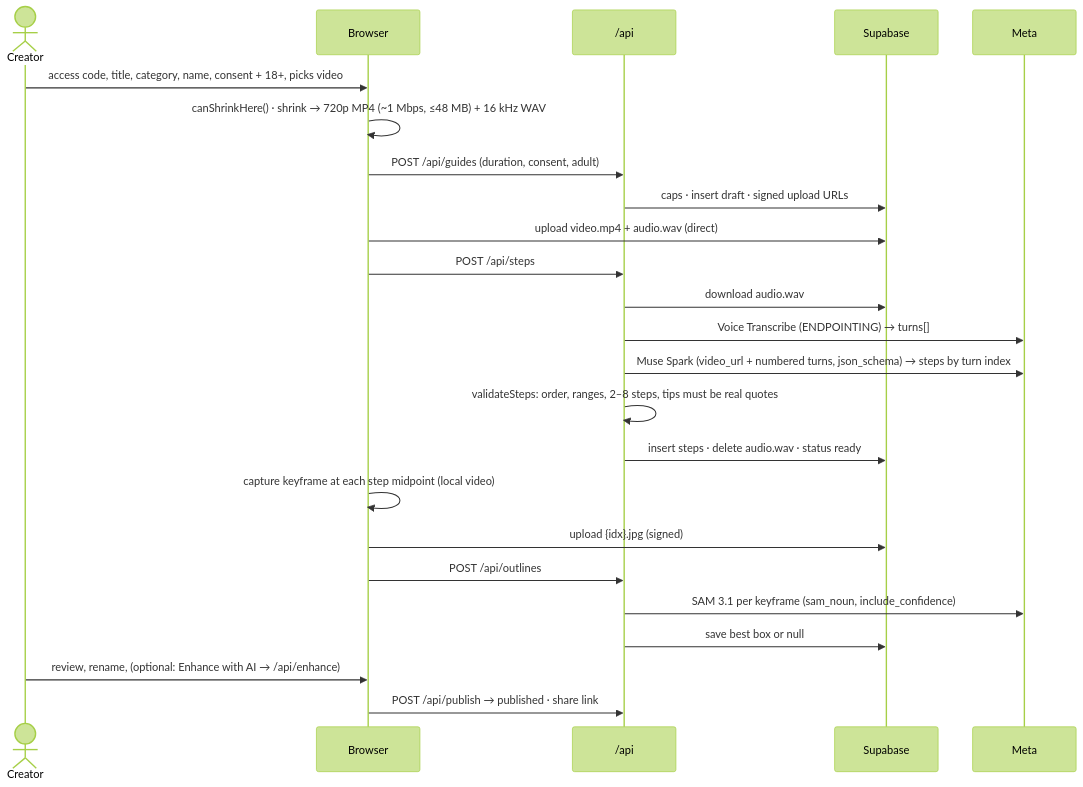
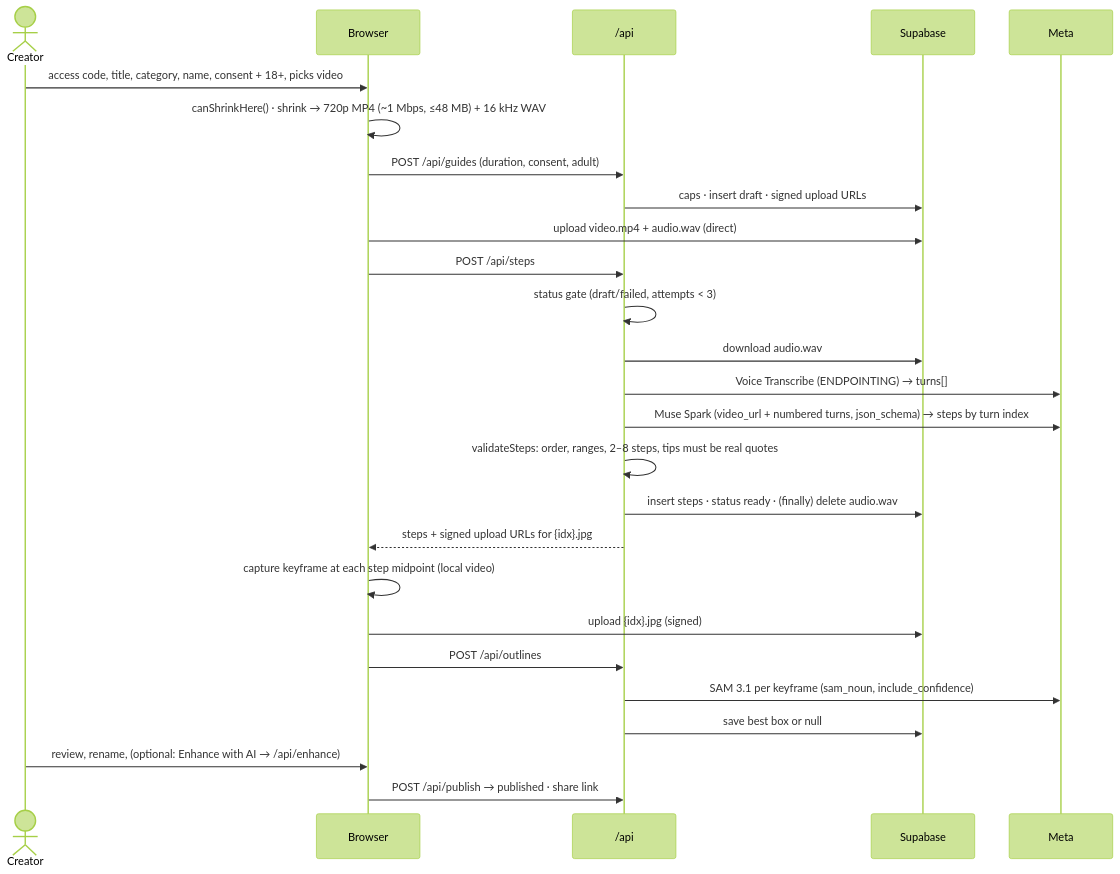
Before and after one commit to muhammadtalhaishtiaq/goodfix: the third of 5 diagrams in apps/showhow/docs/ARCHITECTURE.md, drawn with Mermaid (forest theme). The commit also changed other lines of this file and 13 other files, not shown here.

Commit message:
Fix 13 consistency findings: shrink-limits, Verdict type, IP salt, attempts guard, raw-WAV voice upload, keyframe URLs; replan (deploy early, T18/T16 candidate cuts)

````diff
--- a/apps/showhow/docs/ARCHITECTURE.md
+++ b/apps/showhow/docs/ARCHITECTURE.md
@@ -167,26 +168,28 @@
 ```mermaid
 sequenceDiagram
   actor Cr as Creator
   participant B as Browser
   participant A as /api
   participant S as Supabase
   participant M as Meta
   Cr->>B: access code, title, category, name, consent + 18+, picks video
   B->>B: canShrinkHere() · shrink → 720p MP4 (~1 Mbps, ≤48 MB) + 16 kHz WAV
   B->>A: POST /api/guides (duration, consent, adult)
   A->>S: caps · insert draft · signed upload URLs
   B->>S: upload video.mp4 + audio.wav (direct)
   B->>A: POST /api/steps
+  A->>A: status gate (draft/failed, attempts < 3)
   A->>S: download audio.wav
   A->>M: Voice Transcribe (ENDPOINTING) → turns[]
   A->>M: Muse Spark (video_url + numbered turns, json_schema) → steps by turn index
   A->>A: validateSteps: order, ranges, 2–8 steps, tips must be real quotes
-  A->>S: insert steps · delete audio.wav · status ready
+  A->>S: insert steps · status ready · (finally) delete audio.wav
+  A-->>B: steps + signed upload URLs for {idx}.jpg
   B->>B: capture keyframe at each step midpoint (local video)
   B->>S: upload {idx}.jpg (signed)
   B->>A: POST /api/outlines
   A->>M: SAM 3.1 per keyframe (sam_noun, include_confidence)
   A->>S: save best box or null
   Cr->>B: review, rename, (optional: Enhance with AI → /api/enhance)
   B->>A: POST /api/publish → published · share link
 ```
````
